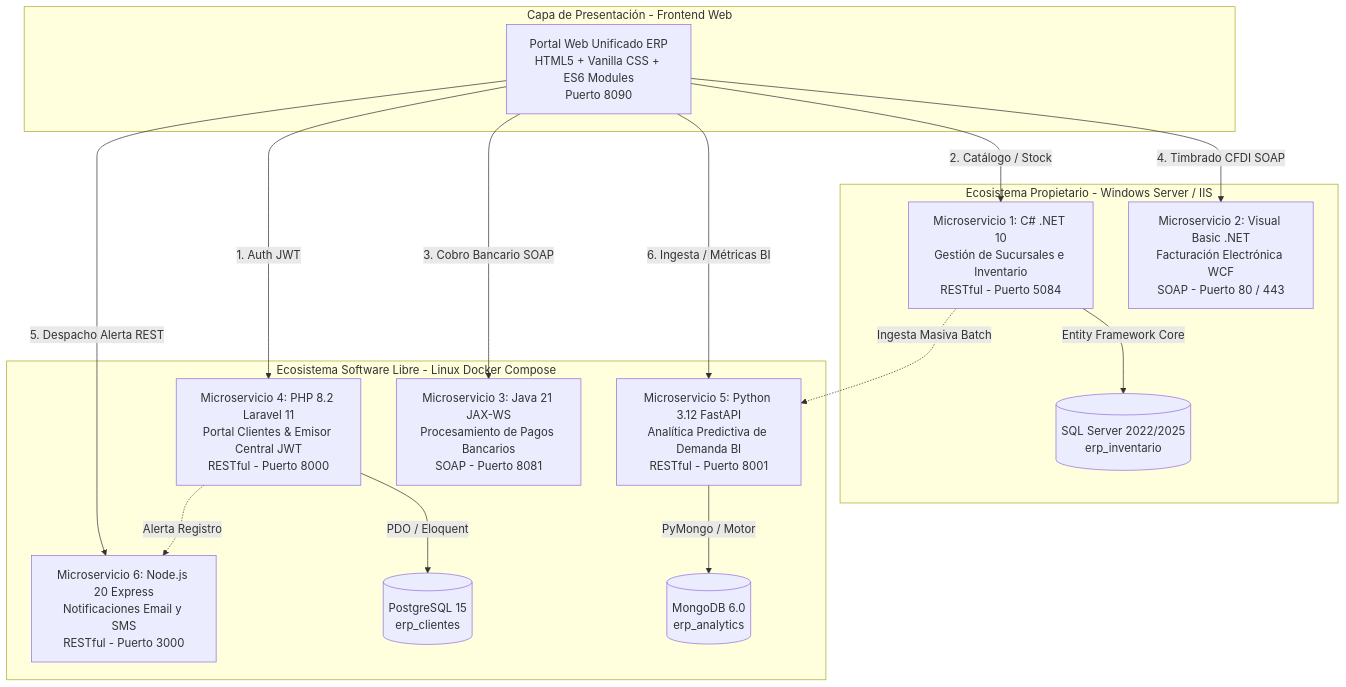
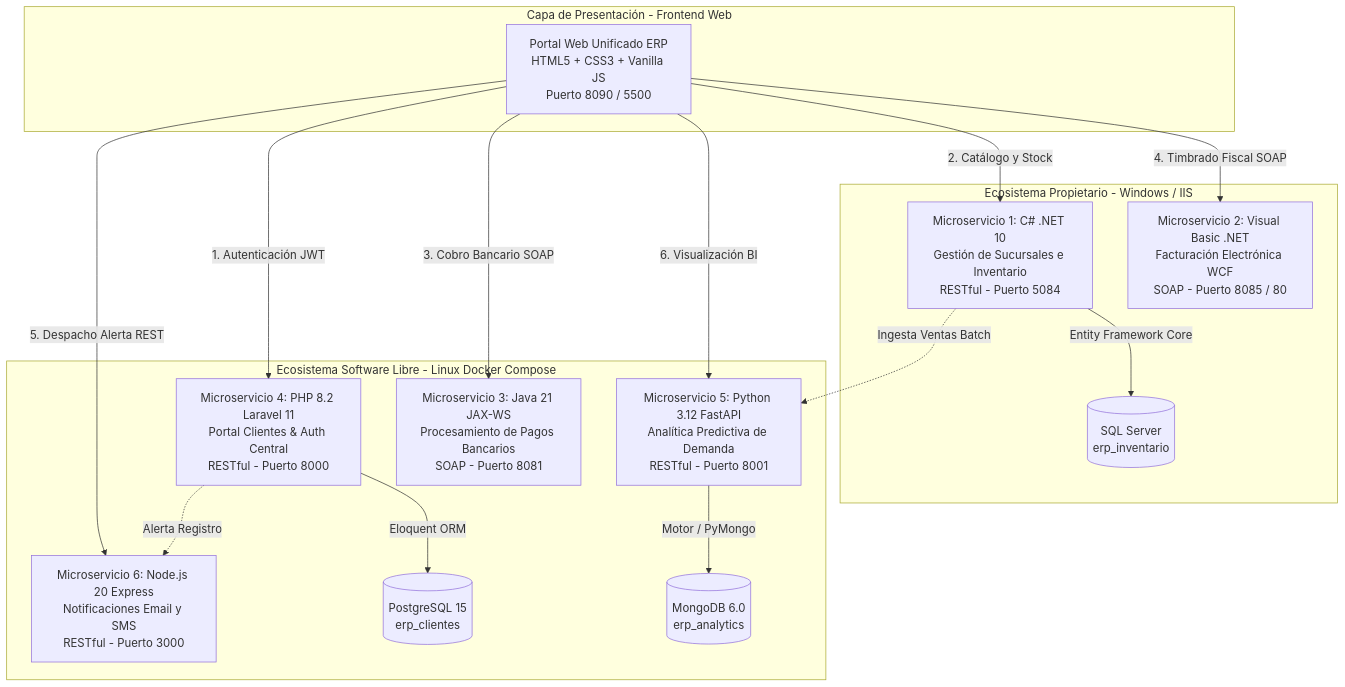
One commit to Alan-Az/Tienda-en-micro-servicios changed the first of 3 diagrams in README.md. Above: the diagram before and after it, drawn with Mermaid. The commit also changed other lines of this file, not shown here.

Commit message:
docs: restructure project README with comprehensive system overview, table of contents, and updated architecture diagram

````diff
--- a/README.md
+++ b/README.md
@@ -54,38 +40,38 @@
 ```mermaid
 flowchart TB
     subgraph CLIENT [Capa de Presentación - Frontend Web]
-        UI[Portal Web Unificado ERP\nHTML5 + Vanilla CSS + ES6 Modules\nPuerto 8090]
+        UI[Portal Web Unificado ERP\nHTML5 + CSS3 + Vanilla JS\nPuerto 8090 / 5500]
     end
 
-    subgraph PROPRIETARY [Ecosistema Propietario - Windows Server / IIS]
+    subgraph PROPRIETARY [Ecosistema Propietario - Windows / IIS]
         CS[Microservicio 1: C# .NET 10\nGestión de Sucursales e Inventario\nRESTful - Puerto 5084]
-        VB[Microservicio 2: Visual Basic .NET\nFacturación Electrónica WCF\nSOAP - Puerto 80 / 443]
-        SQL[(SQL Server 2022/2025\nerp_inventario)]
+        VB[Microservicio 2: Visual Basic .NET\nFacturación Electrónica WCF\nSOAP - Puerto 8085 / 80]
+        SQL[(SQL Server\nerp_inventario)]
         CS -->|Entity Framework Core| SQL
     end
 
     subgraph OPEN_SOURCE [Ecosistema Software Libre - Linux Docker Compose]
-        PHP[Microservicio 4: PHP 8.2 Laravel 11\nPortal Clientes & Emisor Central JWT\nRESTful - Puerto 8000]
-        PY[Microservicio 5: Python 3.12 FastAPI\nAnalítica Predictiva de Demanda BI\nRESTful - Puerto 8001]
+        PHP[Microservicio 4: PHP 8.2 Laravel 11\nPortal Clientes & Auth Central\nRESTful - Puerto 8000]
+        PY[Microservicio 5: Python 3.12 FastAPI\nAnalítica Predictiva de Demanda\nRESTful - Puerto 8001]
         NODE[Microservicio 6: Node.js 20 Express\nNotificaciones Email y SMS\nRESTful - Puerto 3000]
         JAVA[Microservicio 3: Java 21 JAX-WS\nProcesamiento de Pagos Bancarios\nSOAP - Puerto 8081]
         
         PG[(PostgreSQL 15\nerp_clientes)]
         MONGO[(MongoDB 6.0\nerp_analytics)]
 
-        PHP -->|PDO / Eloquent| PG
-        PY -->|PyMongo / Motor| MONGO
+        PHP -->|Eloquent ORM| PG
+        PY -->|Motor / PyMongo| MONGO
     end
 
     %% Peticiones del Cliente
-    UI -->|1. Auth JWT| PHP
-    UI -->|2. Catálogo / Stock| CS
+    UI -->|1. Autenticación JWT| PHP
+    UI -->|2. Catálogo y Stock| CS
     UI -->|3. Cobro Bancario SOAP| JAVA
-    UI -->|4. Timbrado CFDI SOAP| VB
+    UI -->|4. Timbrado Fiscal SOAP| VB
     UI -->|5. Despacho Alerta REST| NODE
-    UI -->|6. Ingesta / Métricas BI| PY
+    UI -->|6. Visualización BI| PY
 
     %% Integraciones Backend
-    CS -.->|Ingesta Masiva Batch| PY
+    CS -.->|Ingesta Ventas Batch| PY
     PHP -.->|Alerta Registro| NODE
 ```
````
